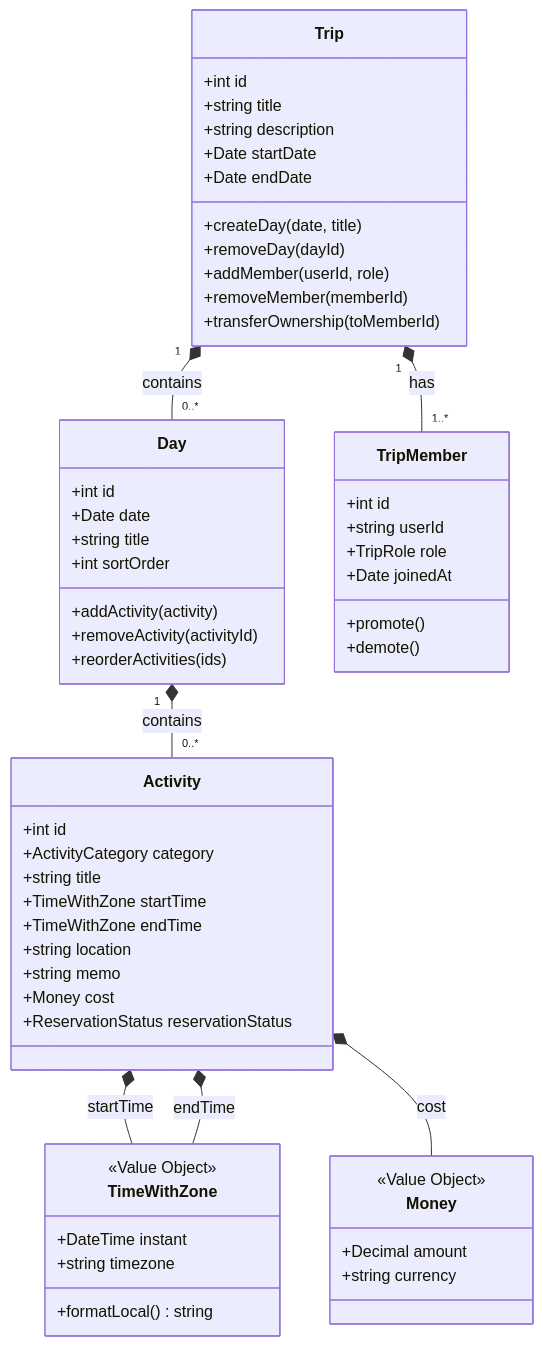
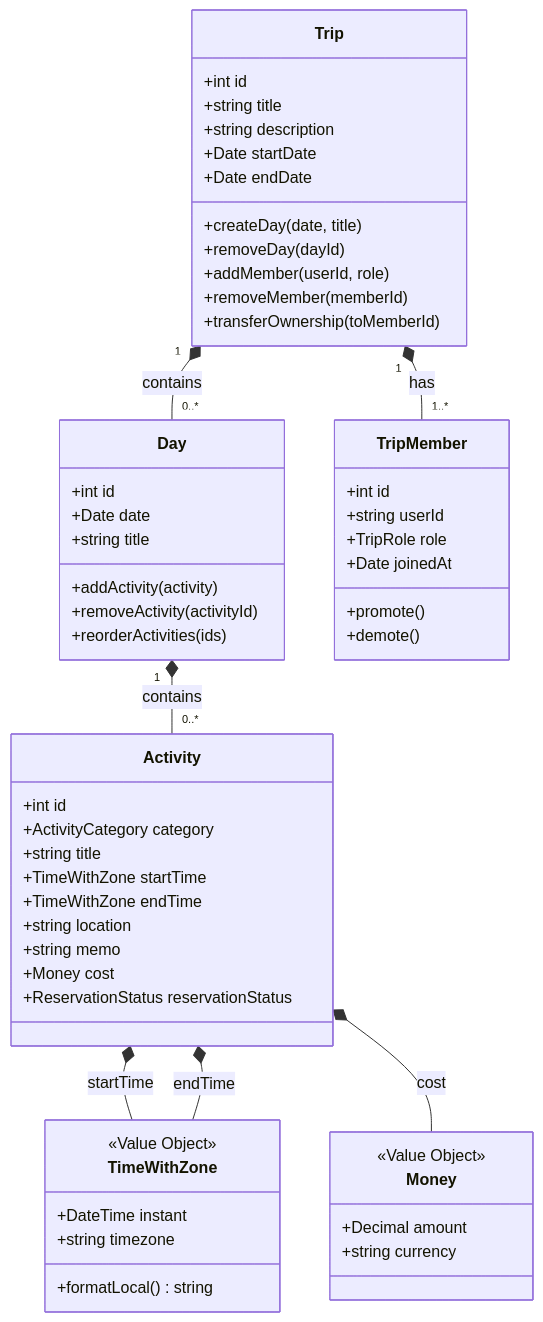
The second of 3 diagrams in docs/DOMAIN.md (idean3885/trip-planner), drawn with Mermaid before and after one commit. The commit also changed other lines of this file and 16 other files, not shown here.

````diff
--- a/docs/DOMAIN.md
+++ b/docs/DOMAIN.md
@@ -45,66 +64,65 @@
 ```mermaid
 classDiagram
     class Trip {
         +int id
         +string title
         +string description
         +Date startDate
         +Date endDate
         +createDay(date, title)
         +removeDay(dayId)
         +addMember(userId, role)
         +removeMember(memberId)
         +transferOwnership(toMemberId)
     }
 
     class Day {
         +int id
         +Date date
         +string title
-        +int sortOrder
         +addActivity(activity)
         +removeActivity(activityId)
         +reorderActivities(ids)
     }
 
     class Activity {
         +int id
         +ActivityCategory category
         +string title
         +TimeWithZone startTime
         +TimeWithZone endTime
         +string location
         +string memo
         +Money cost
         +ReservationStatus reservationStatus
     }
 
     class TripMember {
         +int id
         +string userId
         +TripRole role
         +Date joinedAt
         +promote()
         +demote()
     }
 
     class TimeWithZone {
         <<Value Object>>
         +DateTime instant
         +string timezone
         +formatLocal() string
     }
 
     class Money {
         <<Value Object>>
         +Decimal amount
         +string currency
     }
 
     Trip "1" *-- "0..*" Day : contains
     Trip "1" *-- "1..*" TripMember : has
     Day "1" *-- "0..*" Activity : contains
     Activity *-- TimeWithZone : startTime
     Activity *-- TimeWithZone : endTime
     Activity *-- Money : cost
 ```
````
